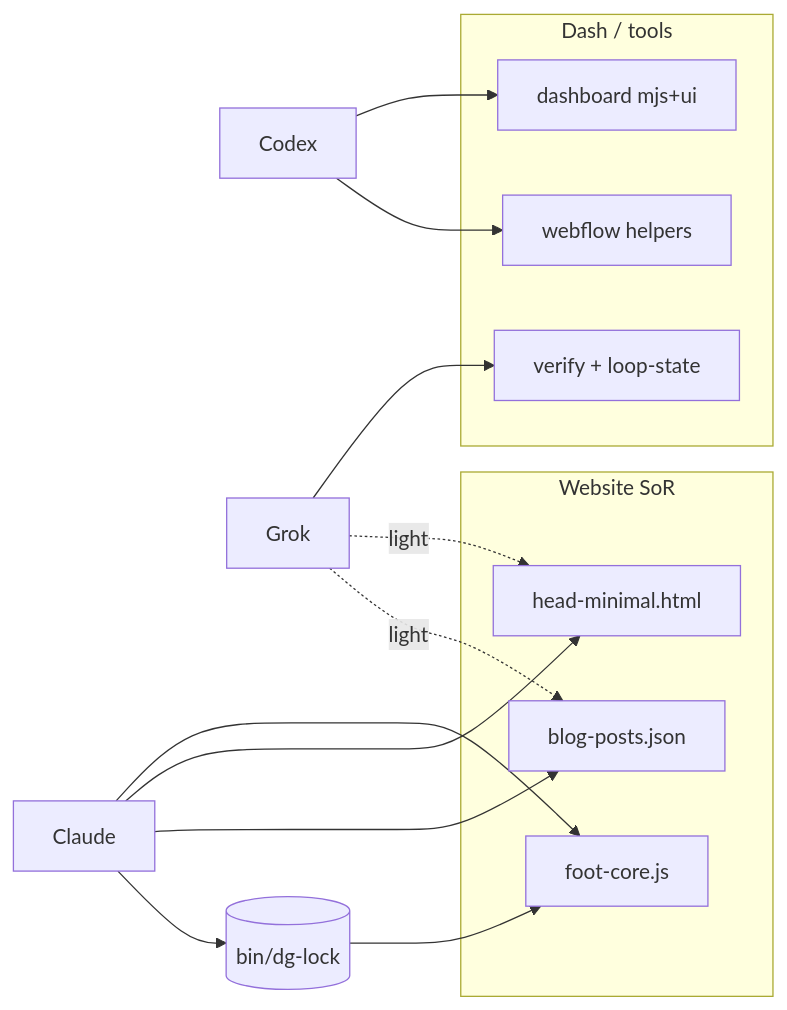
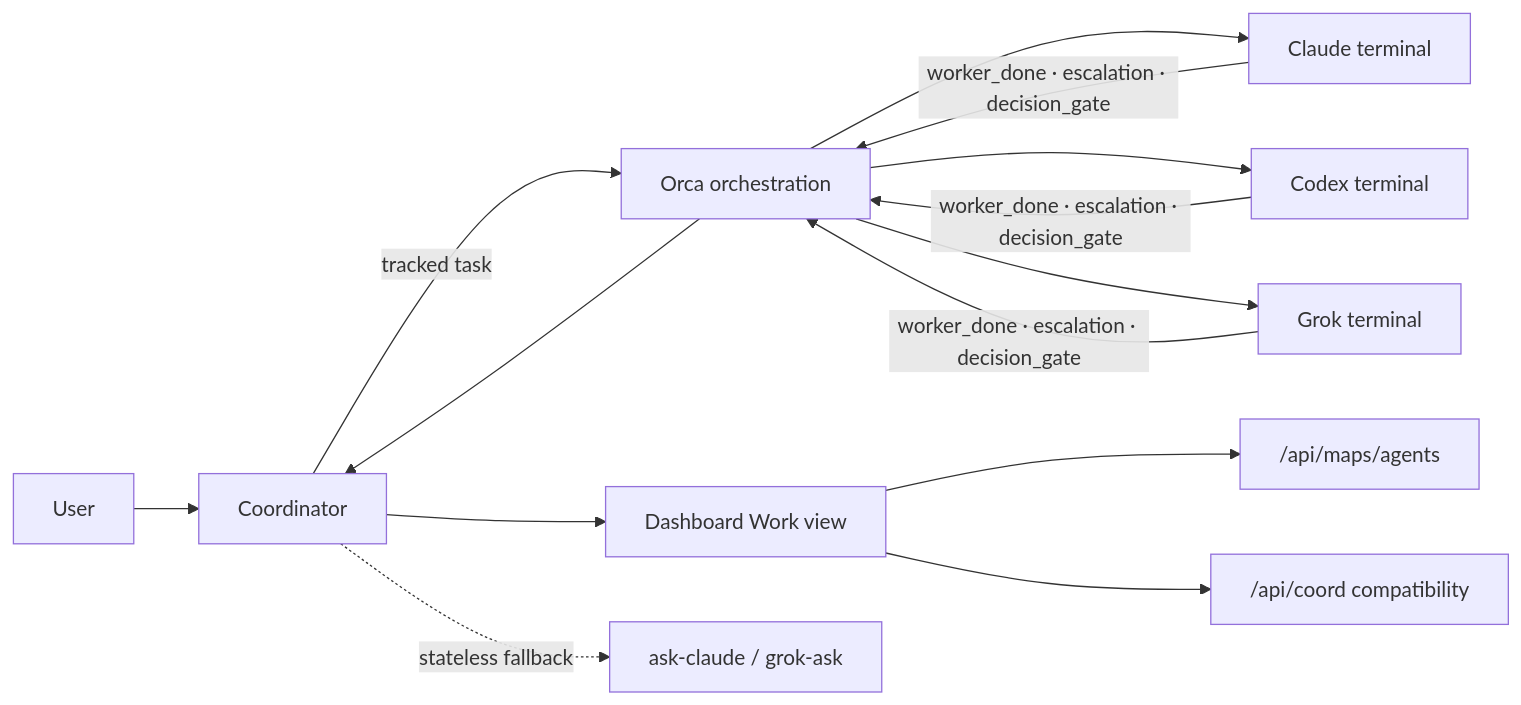
One commit to Uuriko/demigod-ops changed the diagram in docs/DEMIGOD-MULTI-AGENT-COORD-DIAGRAM.md. Above: the diagram before and after it, drawn with Mermaid. The commit also changed other lines of this file and 1165 other files, not shown here.

````diff
--- a/docs/DEMIGOD-MULTI-AGENT-COORD-DIAGRAM.md
+++ b/docs/DEMIGOD-MULTI-AGENT-COORD-DIAGRAM.md
@@ -112,19 +7,14 @@
 ```mermaid
 flowchart LR
-  subgraph Website["Website SoR"]
-    F[foot-core.js]
-    H[head-minimal.html]
-    B[blog-posts.json]
-  end
-  subgraph Tools["Dash / tools"]
-    D[dashboard mjs+ui]
-    W[webflow helpers]
-    V[verify + loop-state]
-  end
-  CL[Claude] --> F & H & B
-  CX[Codex] --> D & W
-  GK[Grok] --> V
-  GK -.->|light| H & B
-  LOCK[(bin/dg-lock)]
-  CL --> LOCK --> F
+  U[User] --> C[Coordinator]
+  C -->|tracked task| O[Orca orchestration]
+  O --> CL[Claude terminal]
+  O --> CX[Codex terminal]
+  O --> GK[Grok terminal]
+  CL & CX & GK -->|worker_done · escalation · decision_gate| O
+  O --> C
+  C --> D[Dashboard Work view]
+  D --> M["/api/maps/agents"]
+  D --> A["/api/coord compatibility"]
+  C -.->|stateless fallback| F["ask-claude / grok-ask"]
 ```
````
